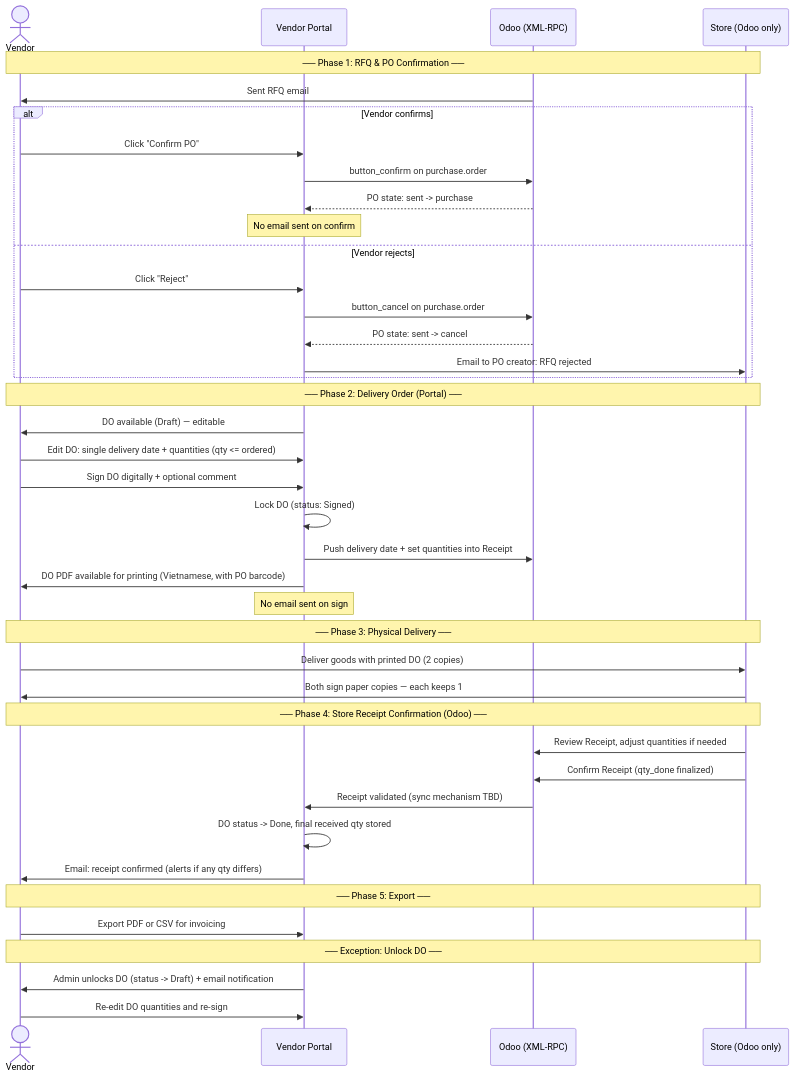
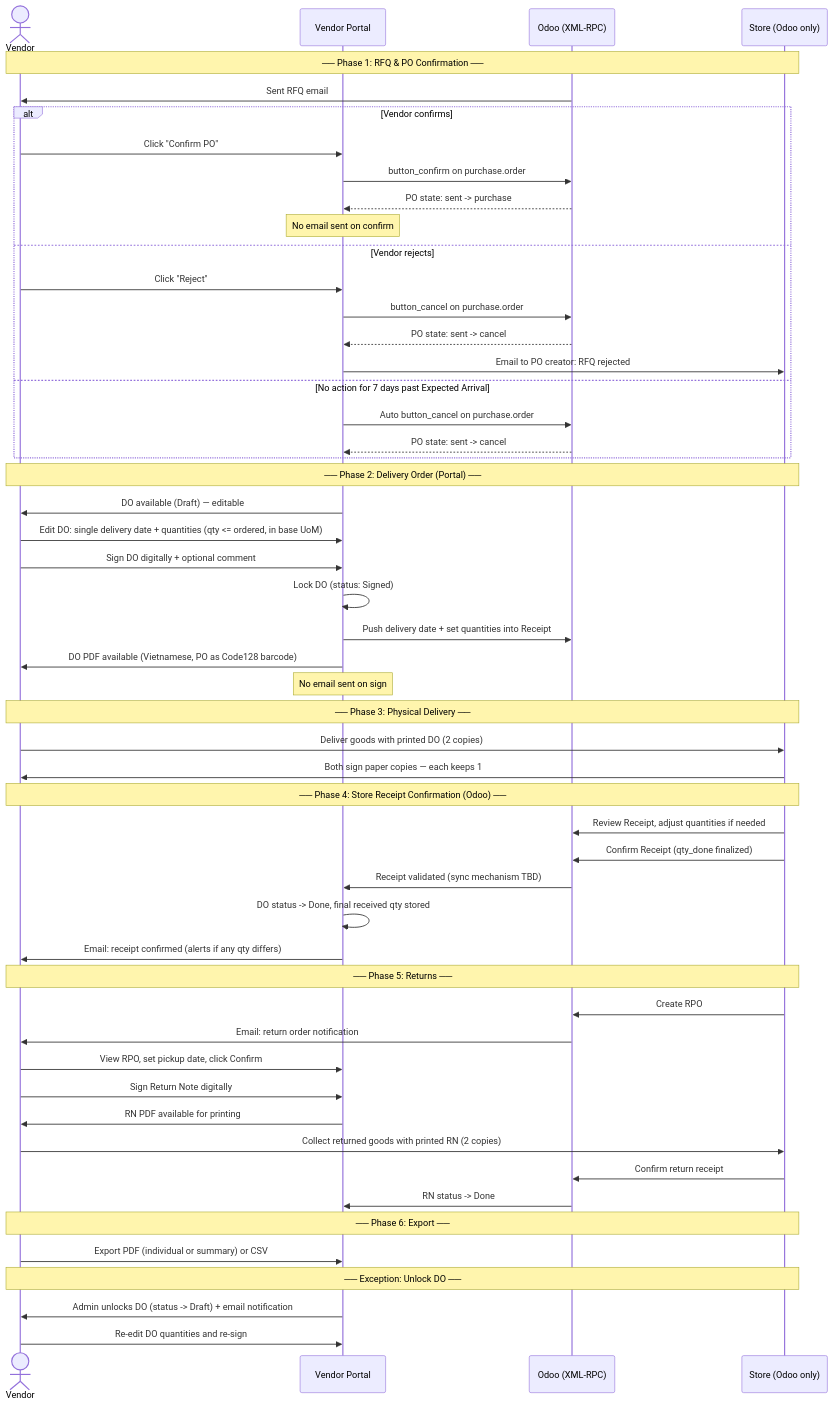
One commit to ngohuuduc/3S_vendor_portal changed the third of 5 diagrams in PROCESS_FLOW.md. Above: the diagram before and after it, drawn with Mermaid. The commit also changed other lines of this file and 1 other file, not shown here.

First line of the commit message:
Update specs: email login, auto-cancel, full returns flow, UoM, export UI

````diff
--- a/PROCESS_FLOW.md
+++ b/PROCESS_FLOW.md
@@ -114,48 +120,61 @@
 ```mermaid
 sequenceDiagram
     actor Vendor
     participant Portal as Vendor Portal
     participant Odoo as Odoo (XML-RPC)
     participant Store as Store (Odoo only)
 
     Note over Vendor,Store: ── Phase 1: RFQ & PO Confirmation ──
     Odoo->>Vendor: Sent RFQ email
     alt Vendor confirms
         Vendor->>Portal: Click "Confirm PO"
         Portal->>Odoo: button_confirm on purchase.order
         Odoo-->>Portal: PO state: sent -> purchase
         Note over Portal: No email sent on confirm
     else Vendor rejects
         Vendor->>Portal: Click "Reject"
         Portal->>Odoo: button_cancel on purchase.order
         Odoo-->>Portal: PO state: sent -> cancel
         Portal->>Store: Email to PO creator: RFQ rejected
+    else No action for 7 days past Expected Arrival
+        Portal->>Odoo: Auto button_cancel on purchase.order
+        Odoo-->>Portal: PO state: sent -> cancel
     end
 
     Note over Vendor,Store: ── Phase 2: Delivery Order (Portal) ──
     Portal->>Vendor: DO available (Draft) — editable
-    Vendor->>Portal: Edit DO: single delivery date + quantities (qty <= ordered)
+    Vendor->>Portal: Edit DO: single delivery date + quantities (qty <= ordered, in base UoM)
     Vendor->>Portal: Sign DO digitally + optional comment
     Portal->>Portal: Lock DO (status: Signed)
     Portal->>Odoo: Push delivery date + set quantities into Receipt
-    Portal->>Vendor: DO PDF available for printing (Vietnamese, with PO barcode)
+    Portal->>Vendor: DO PDF available (Vietnamese, PO as Code128 barcode)
     Note over Portal: No email sent on sign
 
     Note over Vendor,Store: ── Phase 3: Physical Delivery ──
     Vendor->>Store: Deliver goods with printed DO (2 copies)
     Store->>Vendor: Both sign paper copies — each keeps 1
 
     Note over Vendor,Store: ── Phase 4: Store Receipt Confirmation (Odoo) ──
     Store->>Odoo: Review Receipt, adjust quantities if needed
     Store->>Odoo: Confirm Receipt (qty_done finalized)
     Odoo->>Portal: Receipt validated (sync mechanism TBD)
     Portal->>Portal: DO status -> Done, final received qty stored
     Portal->>Vendor: Email: receipt confirmed (alerts if any qty differs)
 
-    Note over Vendor,Store: ── Phase 5: Export ──
-    Vendor->>Portal: Export PDF or CSV for invoicing
+    Note over Vendor,Store: ── Phase 5: Returns ──
+    Store->>Odoo: Create RPO
+    Odoo->>Vendor: Email: return order notification
+    Vendor->>Portal: View RPO, set pickup date, click Confirm
+    Vendor->>Portal: Sign Return Note digitally
+    Portal->>Vendor: RN PDF available for printing
+    Vendor->>Store: Collect returned goods with printed RN (2 copies)
+    Store->>Odoo: Confirm return receipt
+    Odoo->>Portal: RN status -> Done
+
+    Note over Vendor,Store: ── Phase 6: Export ──
+    Vendor->>Portal: Export PDF (individual or summary) or CSV
 
     Note over Vendor,Store: ── Exception: Unlock DO ──
     Portal->>Vendor: Admin unlocks DO (status -> Draft) + email notification
     Vendor->>Portal: Re-edit DO quantities and re-sign
 ```
````
